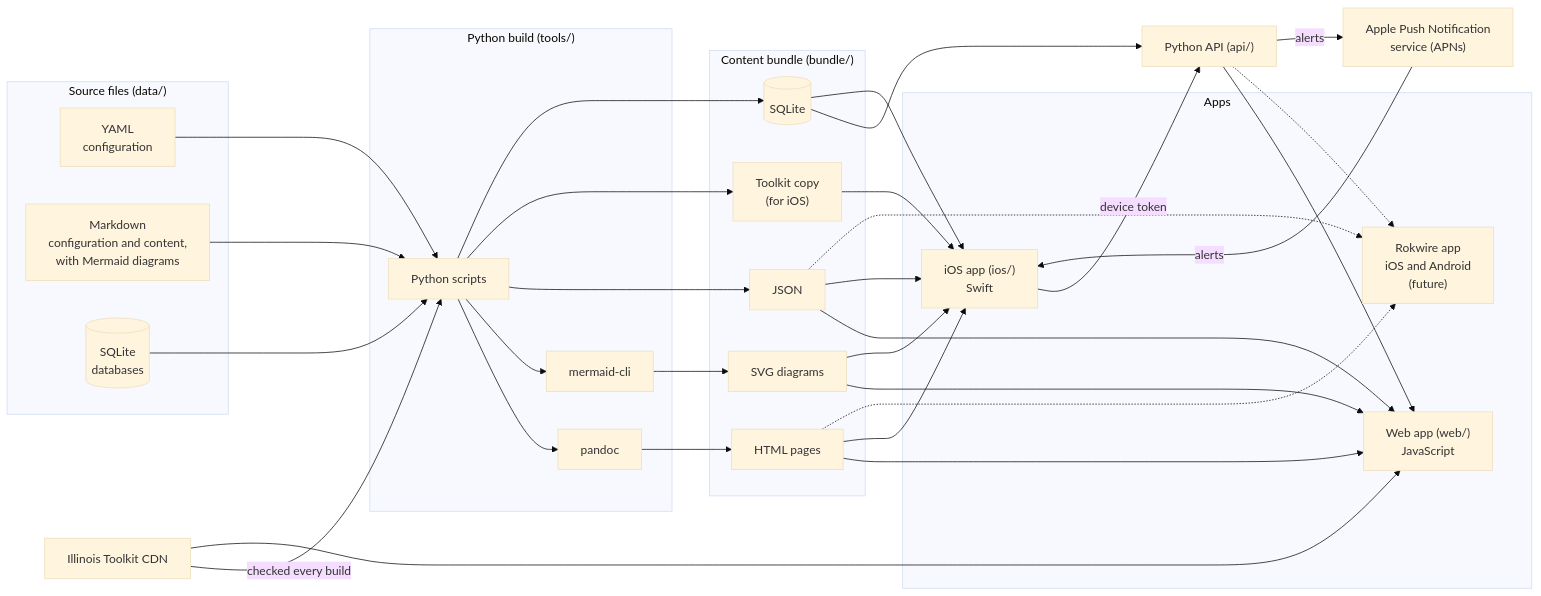
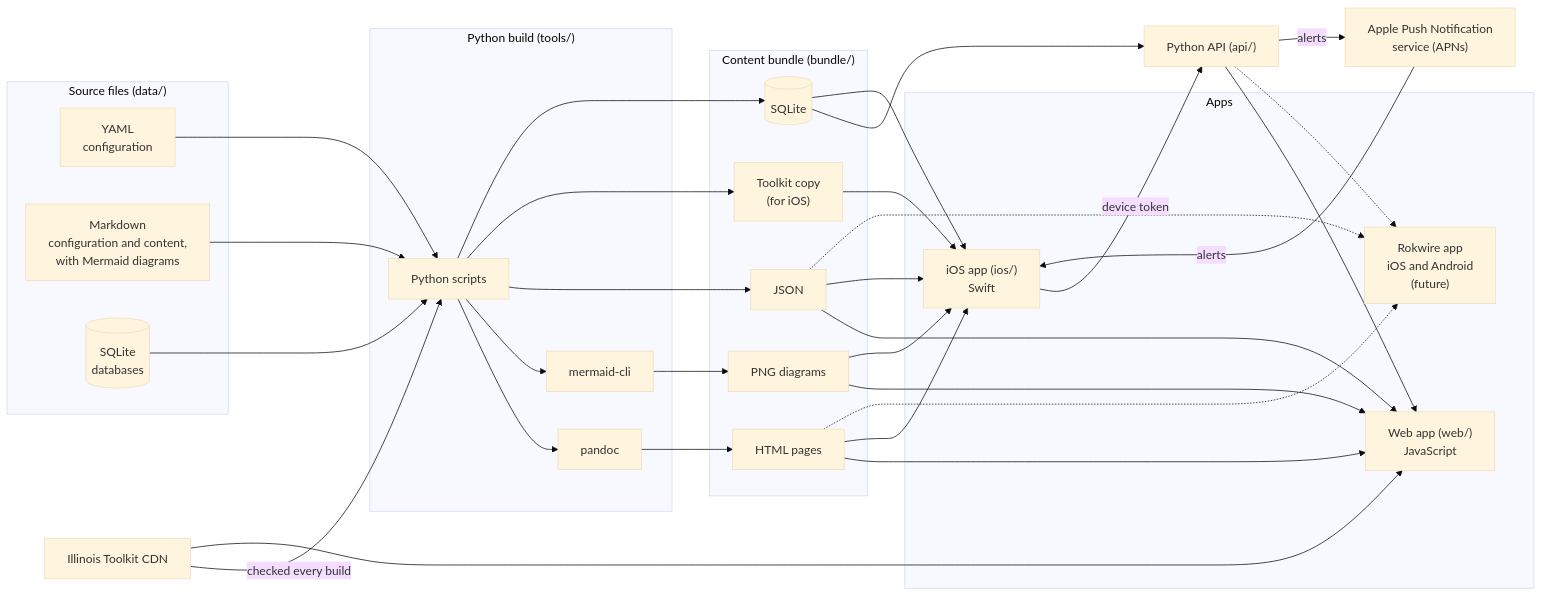
Before and after one commit to jasonheimbaugh/EMMA: the first of 2 diagrams in doc/config.md, drawn with Mermaid (base theme). The commit also changed other lines of this file and 5 other files, not shown here.

Commit message:
Mermaid diagrams as PNG for web and iOS; PNG backup for org charts

````diff
--- a/doc/config.md
+++ b/doc/config.md
@@ -7,60 +7,60 @@
 ```mermaid
 flowchart LR
     subgraph source["Source files (data/)"]
         yaml["YAML<br/>configuration"]
         md["Markdown<br/>configuration and content,<br/>with Mermaid diagrams"]
         db[("SQLite<br/>databases")]
     end
 
     subgraph build["Python build (tools/)"]
         py["Python scripts"]
         pandoc["pandoc"]
         mmdc["mermaid-cli"]
     end
 
     subgraph bundle["Content bundle (bundle/)"]
         html["HTML pages"]
-        svg["SVG diagrams"]
+        png["PNG diagrams"]
         json["JSON"]
         tk["Toolkit copy<br/>(for iOS)"]
         dbcopy[("SQLite")]
     end
 
     api["Python API (api/)"]
 
     subgraph apps["Apps"]
         web["Web app (web/)<br/>JavaScript"]
         ios["iOS app (ios/)<br/>Swift"]
         rok["Rokwire app<br/>iOS and Android<br/>(future)"]
     end
 
     yaml --> py
     md --> py
     db --> py
     py --> pandoc --> html
-    py --> mmdc --> svg
+    py --> mmdc --> png
     py --> json
     cdn["Illinois Toolkit CDN"] -->|checked every build| py
     py --> tk
     tk --> ios
     cdn --> web
     py --> dbcopy
 
     dbcopy --> api
     api --> web
     apns["Apple Push Notification<br/>service (APNs)"]
     api -->|alerts| apns -->|alerts| ios
     ios -->|device token| api
     html --> web
-    svg --> web
+    png --> web
     json --> web
 
     html --> ios
-    svg --> ios
+    png --> ios
     json --> ios
     dbcopy --> ios
 
     api -.-> rok
     html -.-> rok
     json -.-> rok
 ```
````
